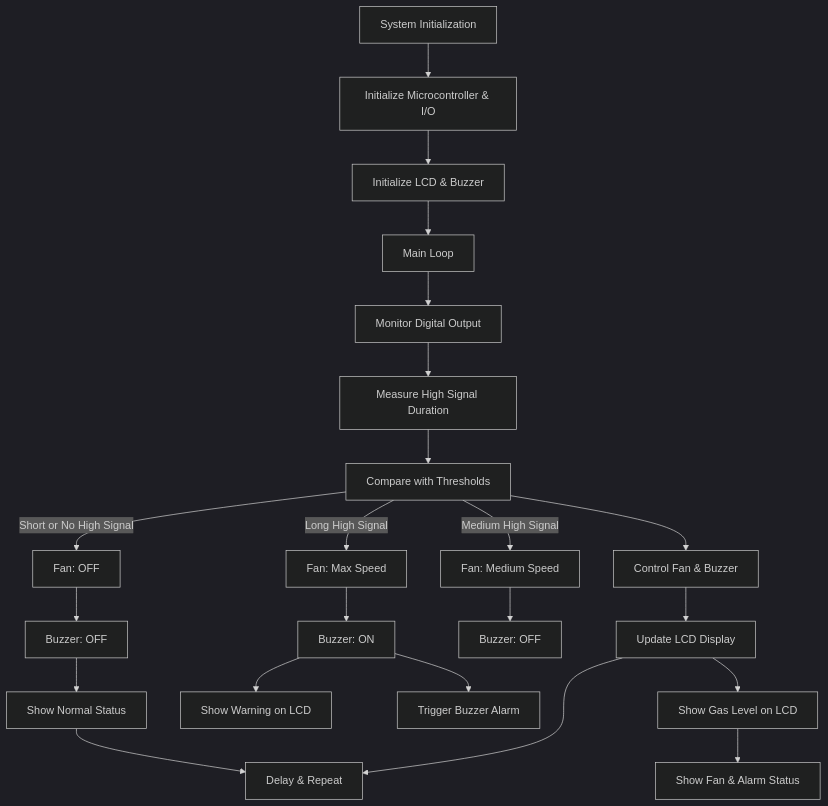
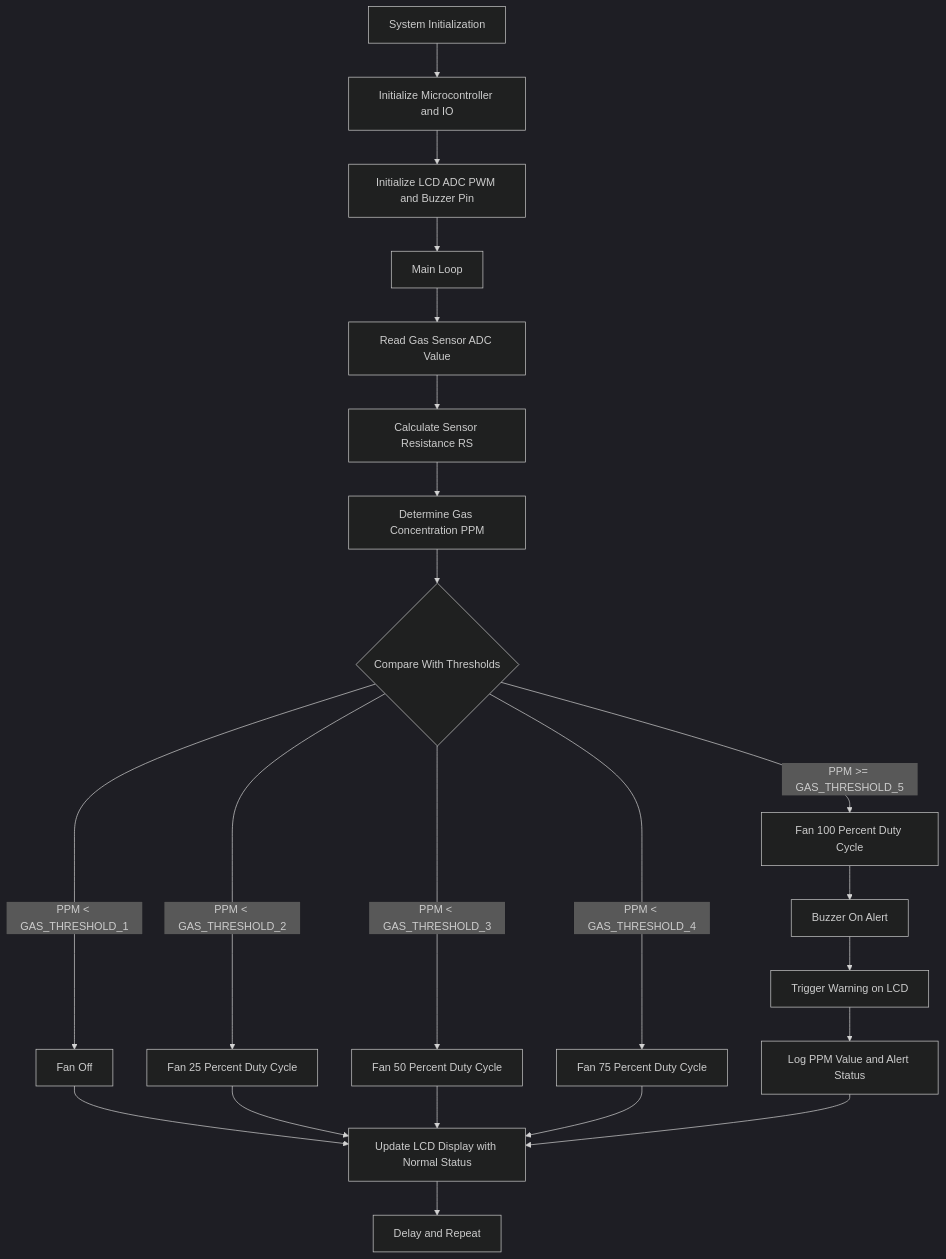
Before and after one commit to Anmol-G-K/Smart-Gas-Leak-Detection-and-Ventilation-Control-System: the diagram in README.md, drawn with Mermaid (dark theme). The commit also changed 33 other files, not shown here.

````diff
--- a/README.md
+++ b/README.md
@@ -124,36 +124,41 @@
 ```mermaid
 graph TD;
     %% System Initialization
-    A[System Initialization] --> A1[Initialize Microcontroller & I/O]
-    A1 --> A2[Initialize LCD & Buzzer]
+    A[System Initialization] --> A1[Initialize Microcontroller and IO]
+    A1 --> A2[Initialize LCD ADC PWM and Buzzer Pin]
     A2 --> B[Main Loop]
 
     %% Main Loop
-    B --> C[Monitor Digital Output]
-    C --> D[Measure High Signal Duration]
-    D --> E[Compare with Thresholds]
-    E --> F[Control Fan & Buzzer]
-    F --> G[Update LCD Display]
-    G --> H[Delay & Repeat]
+    B --> C[Read Gas Sensor ADC Value]
+    C --> D[Calculate Sensor Resistance RS]
+    D --> E[Determine Gas Concentration PPM]
+    E --> F{Compare With Thresholds}
 
-    %% Decision Process for Fan & Buzzer Control
-    E -->|Long High Signal| H1[Fan: Max Speed] 
-    H1 --> H2[Buzzer: ON]
+    %% Decision Process for Fan and Buzzer Control
+    F -->|PPM < GAS_THRESHOLD_1| G1[Fan Off]
 
-    E -->|Medium High Signal| I1[Fan: Medium Speed]
-    I1 --> I2[Buzzer: OFF]
 
-    E -->|Short or No High Signal| J1[Fan: OFF]
-    J1 --> J2[Buzzer: OFF]
+    F -->|PPM < GAS_THRESHOLD_2| H1[Fan 25 Percent Duty Cycle]
+  
 
-    %% Display & Alarm Handling
-    G --> K1[Show Gas Level on LCD]
-    K1 --> K2[Show Fan & Alarm Status]
+    F -->|PPM < GAS_THRESHOLD_3| I1[Fan 50 Percent Duty Cycle]
 
-    H2 --> L1[Show Warning on LCD]
-    H2 --> L2[Trigger Buzzer Alarm]
 
-    J2 --> M[Show Normal Status]
+    F -->|PPM < GAS_THRESHOLD_4| J1[Fan 75 Percent Duty Cycle]
+
+    F -->|PPM >= GAS_THRESHOLD_5| K1[Fan 100 Percent Duty Cycle]
+    K1 --> K2[Buzzer On Alert]
+
+    %% Display and Logging
+    K2 --> L1[Trigger Warning on LCD]
+    L1 --> L2[Log PPM Value and Alert Status]
     
-    M --> H
+    G1 --> M[Update LCD Display with Normal Status]
+    H1 --> M
+    I1 --> M
+    J1 --> M
+    L2 --> M
+
+    M --> N[Delay and Repeat]
+
 ```
````
